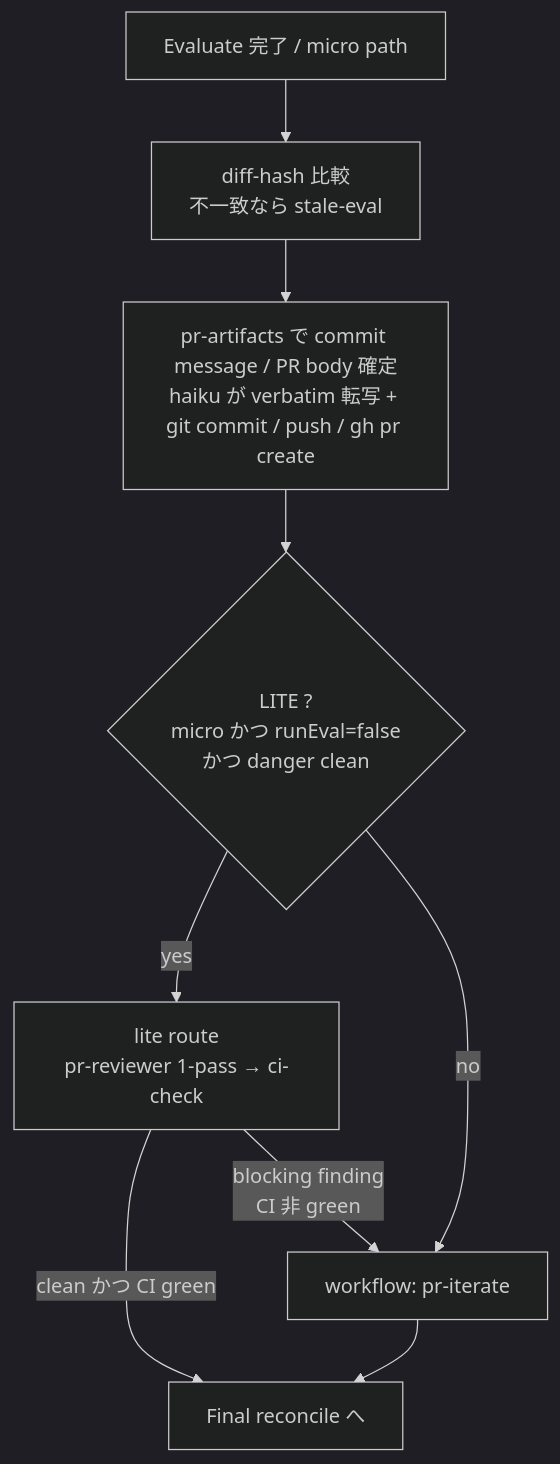
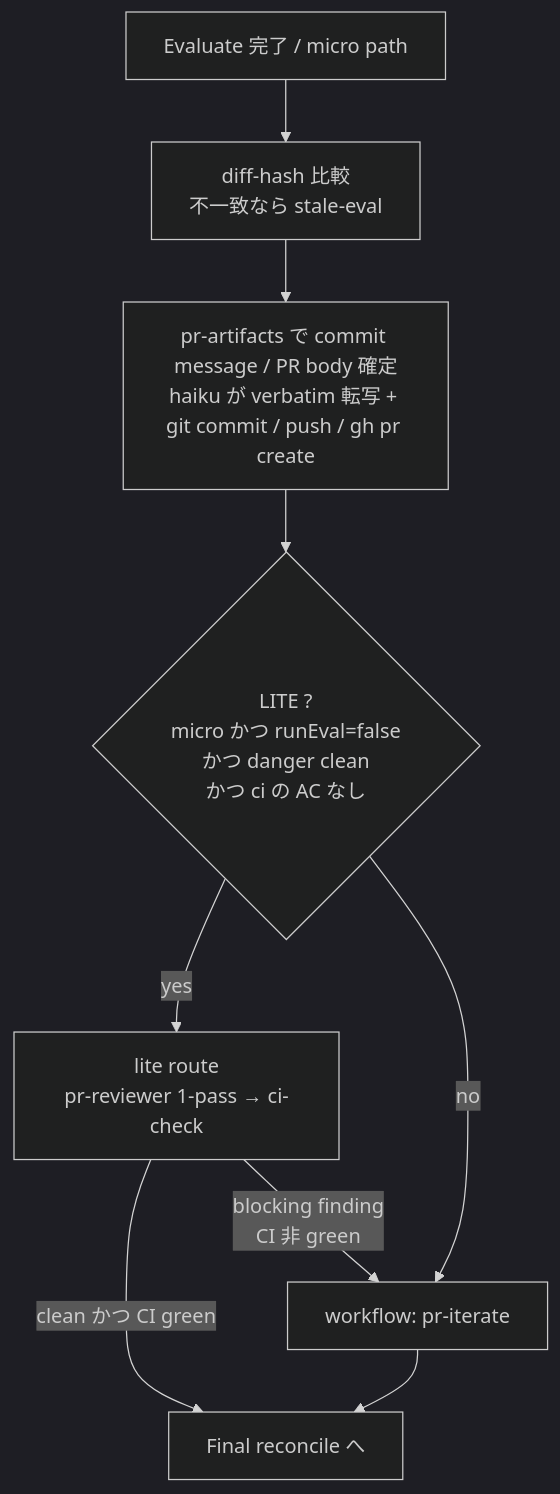
One commit to it-all-playpark/skills changed the eighth of 13 diagrams in docs/dev-flow-atlas.md. Above: the diagram before and after it, drawn with Mermaid (dark theme). The commit also changed other lines of this file and 6 other files, not shown here.

First line of the commit message:
docs(dev-flow): atlas / pipeline / rules / AGENTS.md の記述が実装より古い（prerun・HOLD 条件・終端 status・LITE 条件ほか） (#897) (#918)

````diff
--- a/docs/dev-flow-atlas.md
+++ b/docs/dev-flow-atlas.md
@@ -214,11 +223,11 @@
 ```mermaid
 flowchart TD
     IN["Evaluate 完了 / micro path"] --> R1["diff-hash 比較<br/>不一致なら stale-eval"]
     R1 --> R2["pr-artifacts で commit message / PR body 確定<br/>haiku が verbatim 転写 + git commit / push / gh pr create"]
-    R2 --> R4{"LITE ?<br/>micro かつ runEval=false<br/>かつ danger clean"}
+    R2 --> R4{"LITE ?<br/>micro かつ runEval=false<br/>かつ danger clean<br/>かつ ci の AC なし"}
     R4 -->|yes| LITE["lite route<br/>pr-reviewer 1-pass → ci-check"]
     R4 -->|no| FULL["workflow: pr-iterate"]
     LITE -->|"clean かつ CI green"| OUT["Final reconcile へ"]
     LITE -->|"blocking finding<br/>CI 非 green"| FULL
     FULL --> OUT
 ```
````
